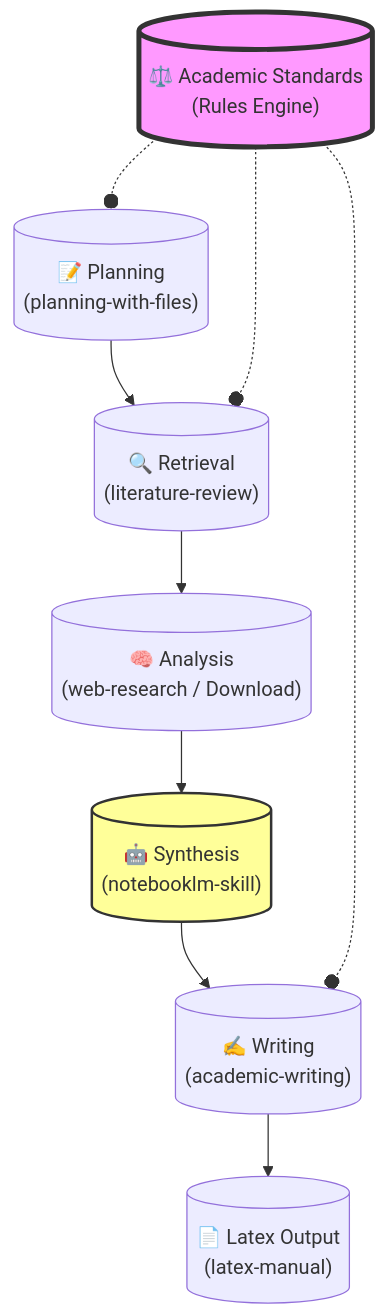
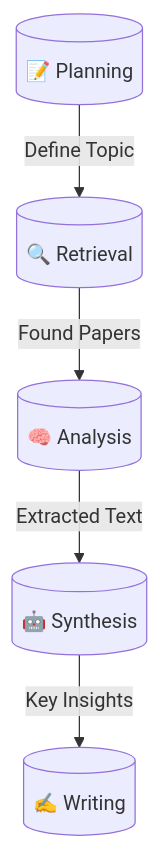
The diagram in README.md (Anu-bhav/antigravity-agents-academic-workflow), drawn with Mermaid before and after one commit. The commit also changed other lines of this file and 2 other files, not shown here.

````diff
--- a/README.md
+++ b/README.md
@@ -26,27 +113,15 @@
 ```mermaid
 graph TD
     %% Nodes
-    Plan[("📝 Planning<br>(planning-with-files)")]
-    Standards[("⚖️ Academic Standards<br>(Rules Engine)")]
-    Search[("🔍 Retrieval<br>(literature-review)")]
-    Analyze[("🧠 Analysis<br>(web-research / Download)")]
-    Synth[("🤖 Synthesis<br>(notebooklm-skill)")]
-    Write[("✍️ Writing<br>(academic-writing)")]
-    Output[("📄 Latex Output<br>(latex-manual)")]
-
-    %% Styles
-    style Standards fill:#f9f,stroke:#333,stroke-width:4px
-    style Synth fill:#ff9,stroke:#333,stroke-width:2px
+    Plan[("📝 Planning")]
+    Search[("🔍 Retrieval")]
+    Analyze[("🧠 Analysis")]
+    Synth[("🤖 Synthesis")]
+    Write[("✍️ Writing")]
 
     %% Flow
-    Plan --> Search
-    Search --> Analyze
-    Analyze --> Synth
-    Synth --> Write
-    Write --> Output
-
-    %% Guidance
-    Standards -.-o Plan
-    Standards -.-o Write
-    Standards -.-o Search
+    Plan -->|Define Topic| Search
+    Search -->|Found Papers| Analyze
+    Analyze -->|Extracted Text| Synth
+    Synth -->|Key Insights| Write
 ```
````
